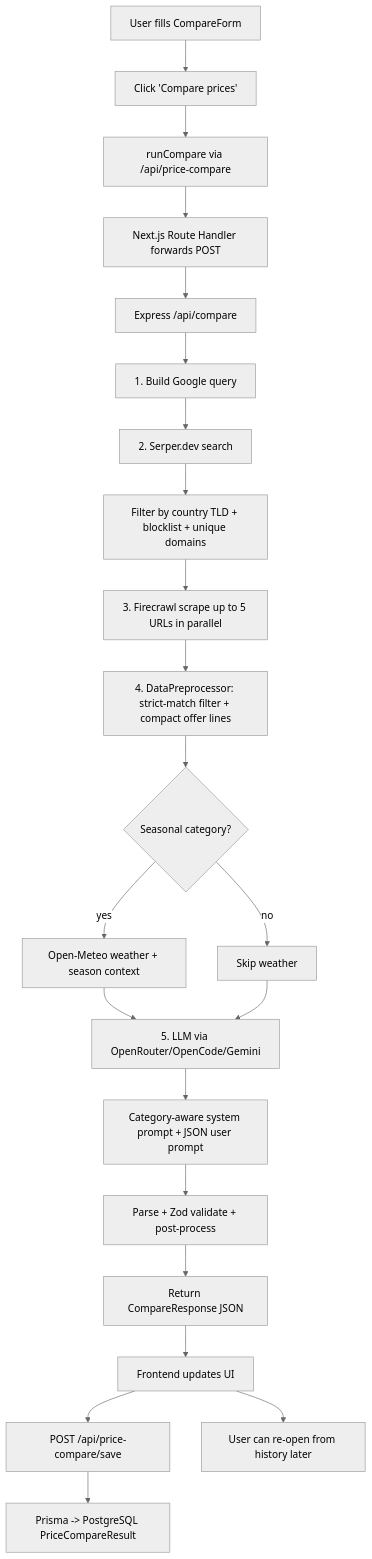
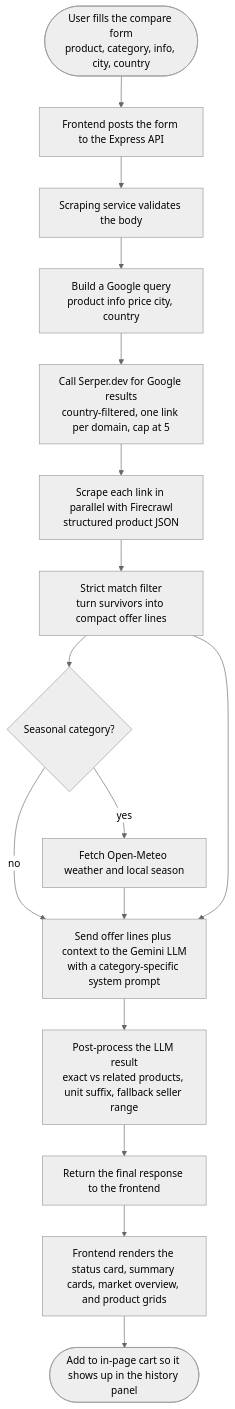
Before and after one commit to k-md-mahi/Optizive: the diagram in docs/price-compare.md, drawn with Mermaid (neutral theme). The commit also changed other lines of this file and 1 other file, not shown here.

````diff
--- a/docs/price-compare.md
+++ b/docs/price-compare.md
@@ -282,24 +253,21 @@
 ```mermaid
-flowchart TD
-    A[User fills CompareForm] --> B[Click 'Compare prices']
-    B --> C[runCompare via /api/price-compare]
-    C --> D[Next.js Route Handler forwards POST]
-    D --> E[Express /api/compare]
-    E --> F[1. Build Google query]
-    F --> G[2. Serper.dev search]
-    G --> H[Filter by country TLD + blocklist + unique domains]
-    H --> I[3. Firecrawl scrape up to 5 URLs in parallel]
-    I --> J[4. DataPreprocessor: strict-match filter + compact offer lines]
-    J --> K{Seasonal category?}
-    K -- yes --> L[Open-Meteo weather + season context]
-    K -- no --> M[Skip weather]
-    L --> N[5. LLM via OpenRouter/OpenCode/Gemini]
-    M --> N
-    N --> O[Category-aware system prompt + JSON user prompt]
-    O --> P[Parse + Zod validate + post-process]
-    P --> Q[Return CompareResponse JSON]
-    Q --> R[Frontend updates UI]
-    R --> S[POST /api/price-compare/save]
-    S --> T[Prisma -> PostgreSQL PriceCompareResult]
-    R --> U[User can re-open from history later]
+flowchart TB
+    A([User fills the compare form<br/>product, category, info, city, country])
+    A --> B[Frontend posts the form to the Express API]
+    B --> C[Scraping service validates the body]
+    C --> D[Build a Google query<br/>product info price city, country]
+    D --> E[Call Serper.dev for Google results<br/>country-filtered, one link per domain, cap at 5]
+    E --> F[Scrape each link in parallel with Firecrawl<br/>structured product JSON]
+    F --> G[Strict match filter<br/>turn survivors into compact offer lines]
+
+    G --> H{Seasonal category?}
+    H -- yes --> I[Fetch Open-Meteo weather and local season]
+    H -- no  --> J
+    I --> J[Send offer lines plus context to the Gemini LLM<br/>with a category-specific system prompt]
+    G --> J
+
+    J --> K[Post-process the LLM result<br/>exact vs related products, unit suffix, fallback seller range]
+    K --> L[Return the final response to the frontend]
+    L --> M[Frontend renders the status card, summary cards, market overview, and product grids]
+    M --> N([Add to in-page cart so it shows up in the history panel])
 ```
````
